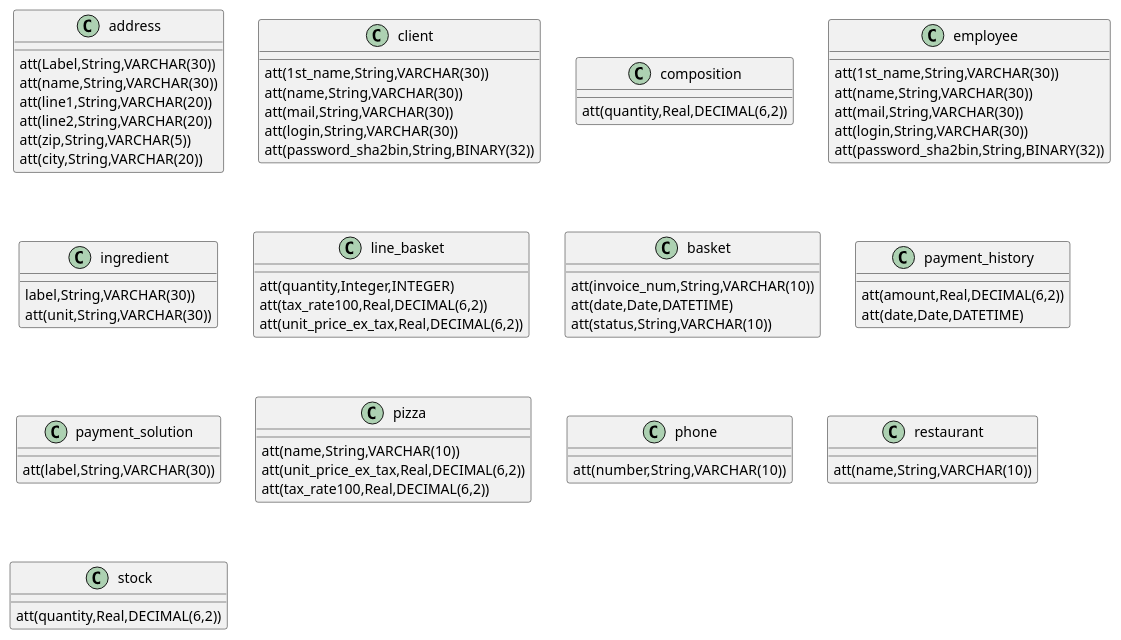
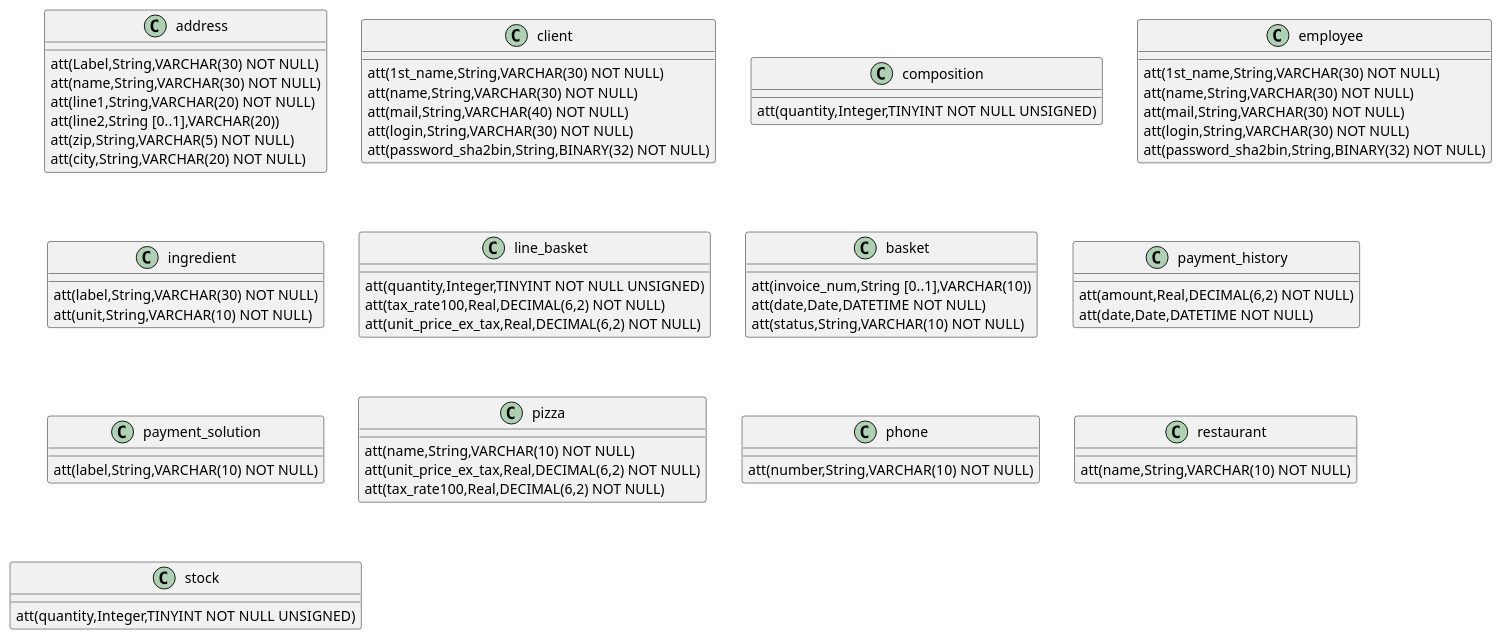
The diagram in src-puml/attributes.iuml (freezed/ocp6), drawn with PlantUML before and after one commit. The commit also changed 2 other files, not shown here.

```diff
--- a/src-puml/attributes.iuml
+++ b/src-puml/attributes.iuml
@@ -1,61 +1,61 @@
 /' = = = = = = = ATTRIBUTE = = = = = = = '/
 class address {
-    att(Label,String,VARCHAR(30))
-    att(name,String,VARCHAR(30))
-    att(line1,String,VARCHAR(20))
-    att(line2,String,VARCHAR(20))
-    att(zip,String,VARCHAR(5))
-    att(city,String,VARCHAR(20))
+    att(Label,String,VARCHAR(30) NOT NULL)
+    att(name,String,VARCHAR(30) NOT NULL)
+    att(line1,String,VARCHAR(20) NOT NULL)
+    att(line2,String [0..1],VARCHAR(20))
+    att(zip,String,VARCHAR(5) NOT NULL)
+    att(city,String,VARCHAR(20) NOT NULL)
 }
 class client {
-    att(1st_name,String,VARCHAR(30))
-    att(name,String,VARCHAR(30))
-    att(mail,String,VARCHAR(30))
-    att(login,String,VARCHAR(30))
-    att(password_sha2bin,String,BINARY(32))
+    att(1st_name,String,VARCHAR(30) NOT NULL)
+    att(name,String,VARCHAR(30) NOT NULL)
+    att(mail,String,VARCHAR(40) NOT NULL)
+    att(login,String,VARCHAR(30) NOT NULL)
+    att(password_sha2bin,String,BINARY(32) NOT NULL)
 }
 class composition {
-    att(quantity,Real,DECIMAL(6,2))
+    att(quantity,Integer,TINYINT NOT NULL UNSIGNED)
 }
 class employee {
-    att(1st_name,String,VARCHAR(30))
-    att(name,String,VARCHAR(30))
-    att(mail,String,VARCHAR(30))
-    att(login,String,VARCHAR(30))
-    att(password_sha2bin,String,BINARY(32))
+    att(1st_name,String,VARCHAR(30) NOT NULL)
+    att(name,String,VARCHAR(30) NOT NULL)
+    att(mail,String,VARCHAR(30) NOT NULL)
+    att(login,String,VARCHAR(30) NOT NULL)
+    att(password_sha2bin,String,BINARY(32) NOT NULL)
 }
 class ingredient {
-    label,String,VARCHAR(30))
-    att(unit,String,VARCHAR(30))
+    att(label,String,VARCHAR(30) NOT NULL)
+    att(unit,String,VARCHAR(10) NOT NULL)
 }
 class line_basket {
-    att(quantity,Integer,INTEGER)
-    att(tax_rate100,Real,DECIMAL(6,2))
-    att(unit_price_ex_tax,Real,DECIMAL(6,2))
+    att(quantity,Integer,TINYINT NOT NULL UNSIGNED)
+    att(tax_rate100,Real,DECIMAL(6,2) NOT NULL)
+    att(unit_price_ex_tax,Real,DECIMAL(6,2) NOT NULL)
 }
 class basket {
-    att(invoice_num,String,VARCHAR(10))
-    att(date,Date,DATETIME)
-    att(status,String,VARCHAR(10))
+    att(invoice_num,String [0..1],VARCHAR(10))
+    att(date,Date,DATETIME NOT NULL)
+    att(status,String,VARCHAR(10) NOT NULL)
 }
 class payment_history {
-    att(amount,Real,DECIMAL(6,2))
-    att(date,Date,DATETIME)
+    att(amount,Real,DECIMAL(6,2) NOT NULL)
+    att(date,Date,DATETIME NOT NULL)
 }
 class payment_solution {
-    att(label,String,VARCHAR(30))
+    att(label,String,VARCHAR(10) NOT NULL)
 }
 class pizza {
-    att(name,String,VARCHAR(10))
-    att(unit_price_ex_tax,Real,DECIMAL(6,2))
-    att(tax_rate100,Real,DECIMAL(6,2))
+    att(name,String,VARCHAR(10) NOT NULL)
+    att(unit_price_ex_tax,Real,DECIMAL(6,2) NOT NULL)
+    att(tax_rate100,Real,DECIMAL(6,2) NOT NULL)
 }
 class phone {
-    att(number,String,VARCHAR(10))
+    att(number,String,VARCHAR(10) NOT NULL)
 }
 class restaurant {
-    att(name,String,VARCHAR(10))
+    att(name,String,VARCHAR(10) NOT NULL)
 }
 class stock {
-    att(quantity,Real,DECIMAL(6,2))
+    att(quantity,Integer,TINYINT NOT NULL UNSIGNED)
 }
```
